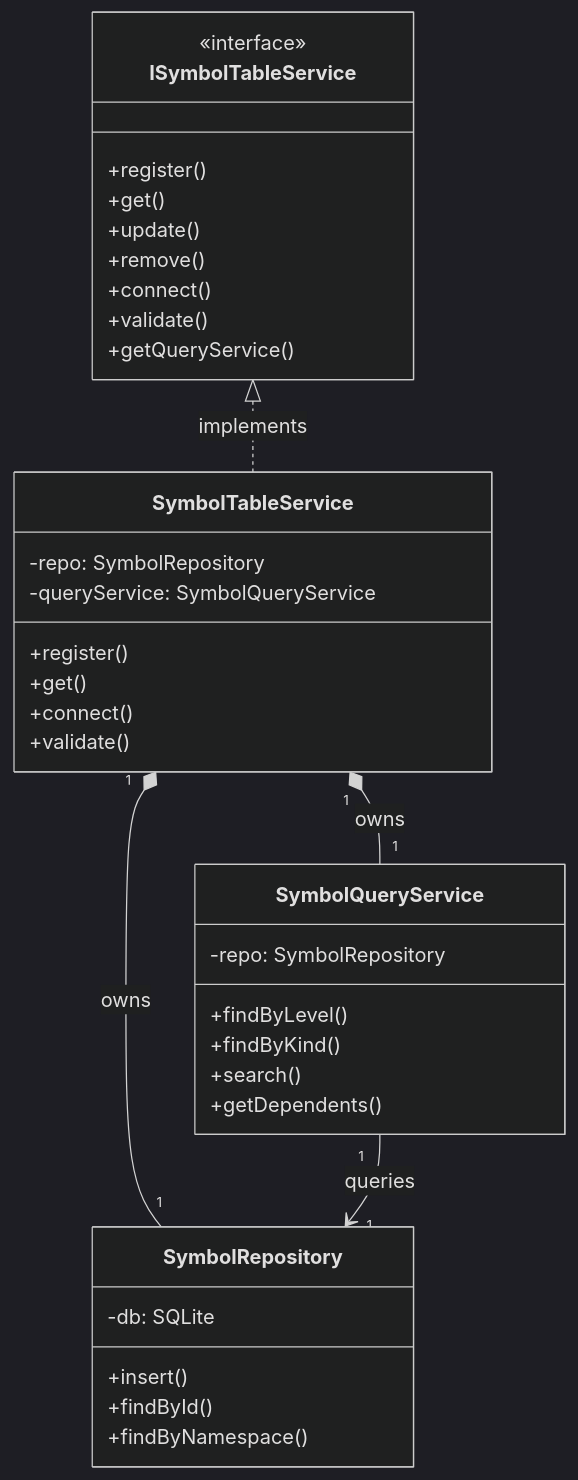
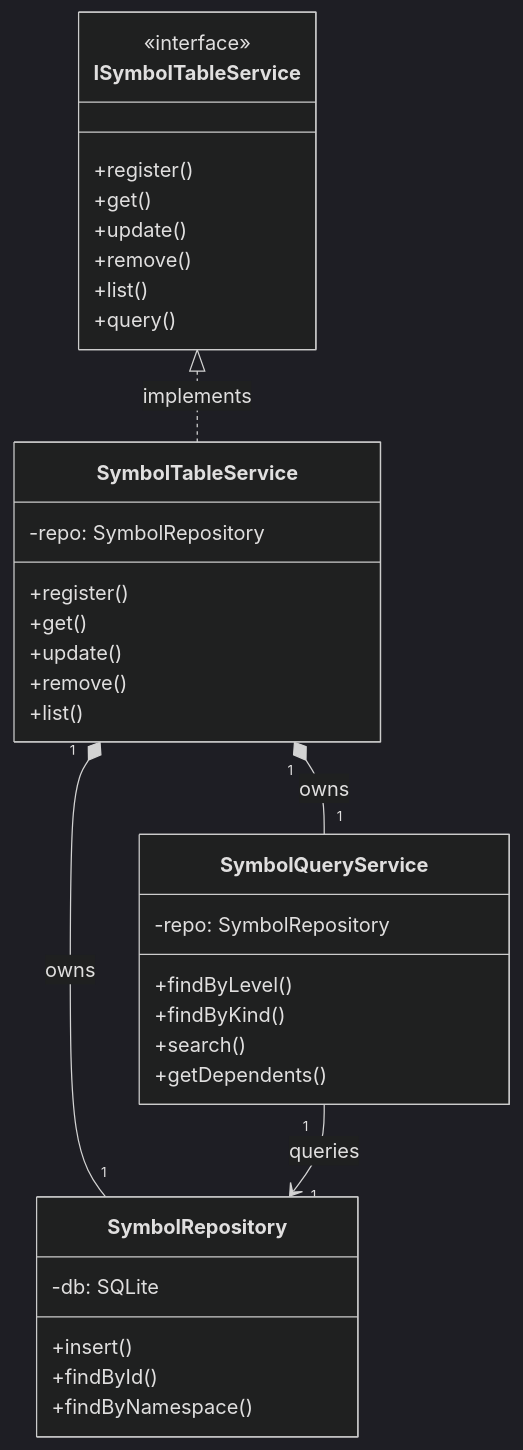
The eighth of 10 diagrams in docs/c4/AUTHORING.md (louipr/cyrus-code), drawn with Mermaid (dark theme) before and after one commit. The commit also changed 120 other files, not shown here.

````diff
--- a/docs/c4/AUTHORING.md
+++ b/docs/c4/AUTHORING.md
@@ -185,44 +185,43 @@
 ```mermaid
 classDiagram
     direction TB
 
     class ISymbolTableService {
         <<interface>>
         +register()
         +get()
         +update()
         +remove()
-        +connect()
-        +validate()
-        +getQueryService()
+        +list()
+        +query()
     }
 
     class SymbolTableService {
         -repo: SymbolRepository
-        -queryService: SymbolQueryService
         +register()
         +get()
-        +connect()
-        +validate()
+        +update()
+        +remove()
+        +list()
     }
 
     class SymbolQueryService {
         -repo: SymbolRepository
         +findByLevel()
         +findByKind()
         +search()
         +getDependents()
     }
 
     class SymbolRepository {
         -db: SQLite
         +insert()
         +findById()
         +findByNamespace()
     }
 
     ISymbolTableService <|.. SymbolTableService : implements
     SymbolTableService "1" *-- "1" SymbolRepository : owns
     SymbolTableService "1" *-- "1" SymbolQueryService : owns
     SymbolQueryService "1" --> "1" SymbolRepository : queries
 ```
````
